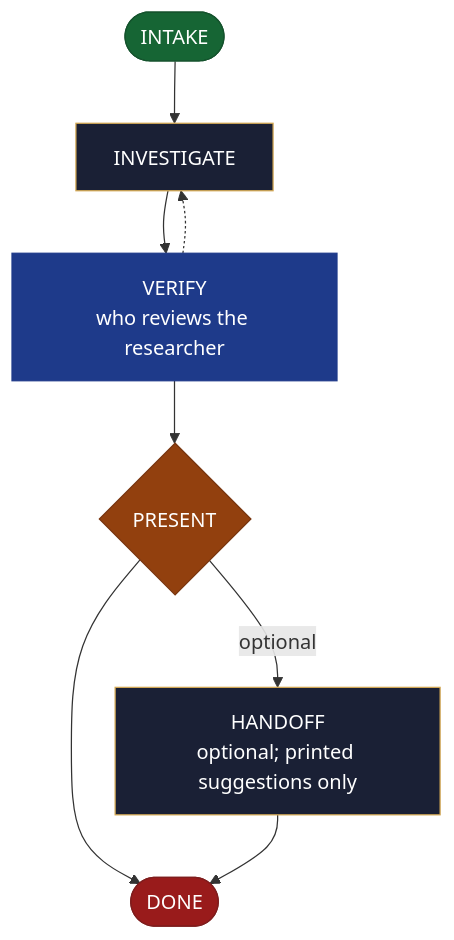
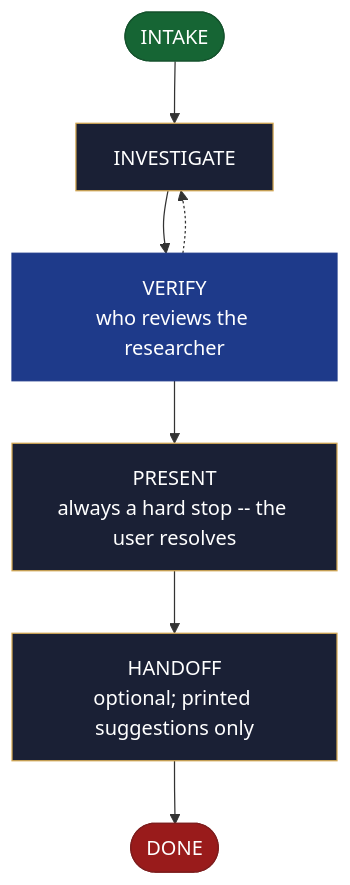
One commit to AndreVianna/aid-methodology changed the diagram in site/src/content/docs/skills/aid-research.md. Above: the diagram before and after it, drawn with Mermaid. The commit also changed other lines of this file and 49 other files, not shown here.

````diff
--- a/site/src/content/docs/skills/aid-research.md
+++ b/site/src/content/docs/skills/aid-research.md
@@ -20,34 +20,33 @@
 ```mermaid
 flowchart TB
   classDef aidNode color:#fff
   classDef aidEntry fill:#166534,stroke:#14532d,color:#fff
   classDef aidExit fill:#991b1b,stroke:#7f1d1d,color:#fff
   classDef aidDecision fill:#92400e,stroke:#78350f,color:#fff
   classDef aidLoopBack fill:#1e3a8a,stroke:#1e3a8a,color:#fff
   classDef aidStep fill:#1a2035,stroke:#d4a853,color:#f1f5f9
   n1(["INTAKE"])
   n2["INVESTIGATE"]
   n3["VERIFY<br/>who reviews the researcher"]
-  n4{"PRESENT"}
+  n4["PRESENT<br/>always a hard stop -- the user resolves"]
   n5["HANDOFF<br/>optional; printed suggestions only"]
   n6(["DONE"])
   n1 --> n2
   n2 --> n3
   n3 -.-> n2
   n3 --> n4
-  n4 -->|"optional"| n5
-  n4 --> n6
+  n4 --> n5
   n5 --> n6
   class n1 aidEntry
   class n2 aidStep
   class n3 aidLoopBack
-  class n4 aidDecision
+  class n4 aidStep
   class n5 aidStep
   class n6 aidExit
   class n1 aidNode
   class n2 aidNode
   class n3 aidNode
   class n4 aidNode
   class n5 aidNode
   class n6 aidNode
 ```
````
